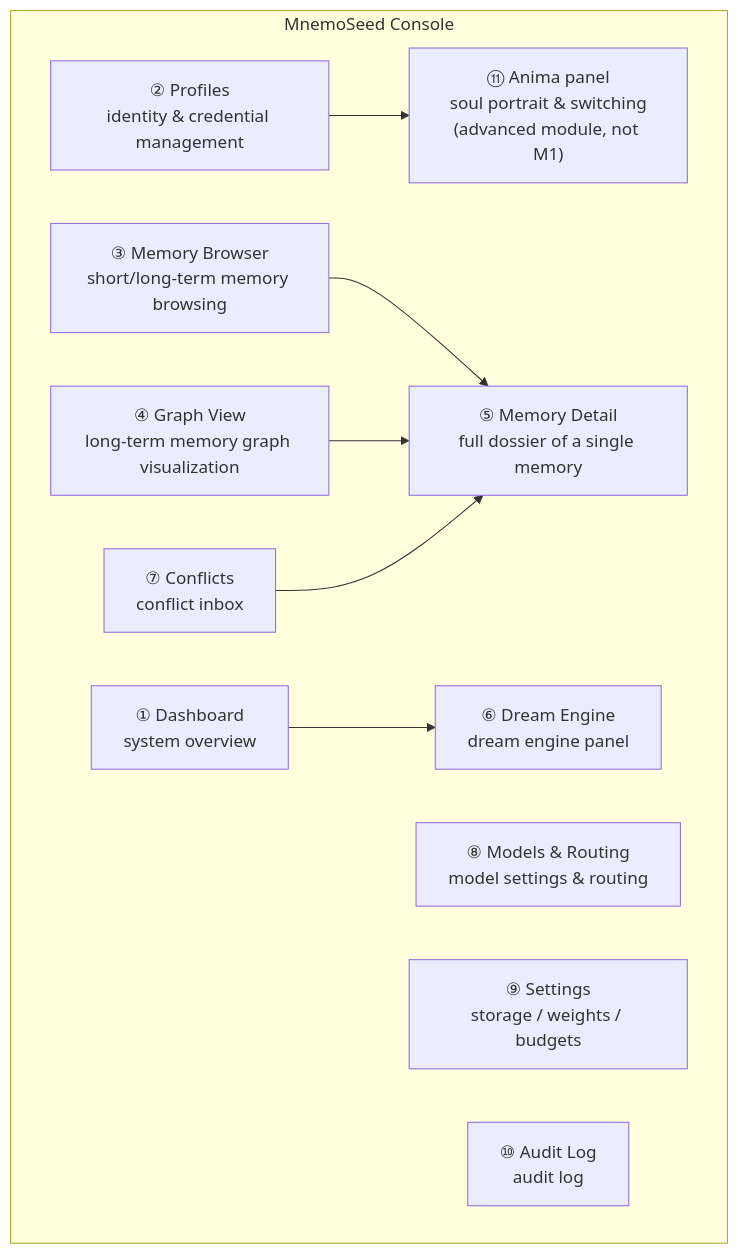
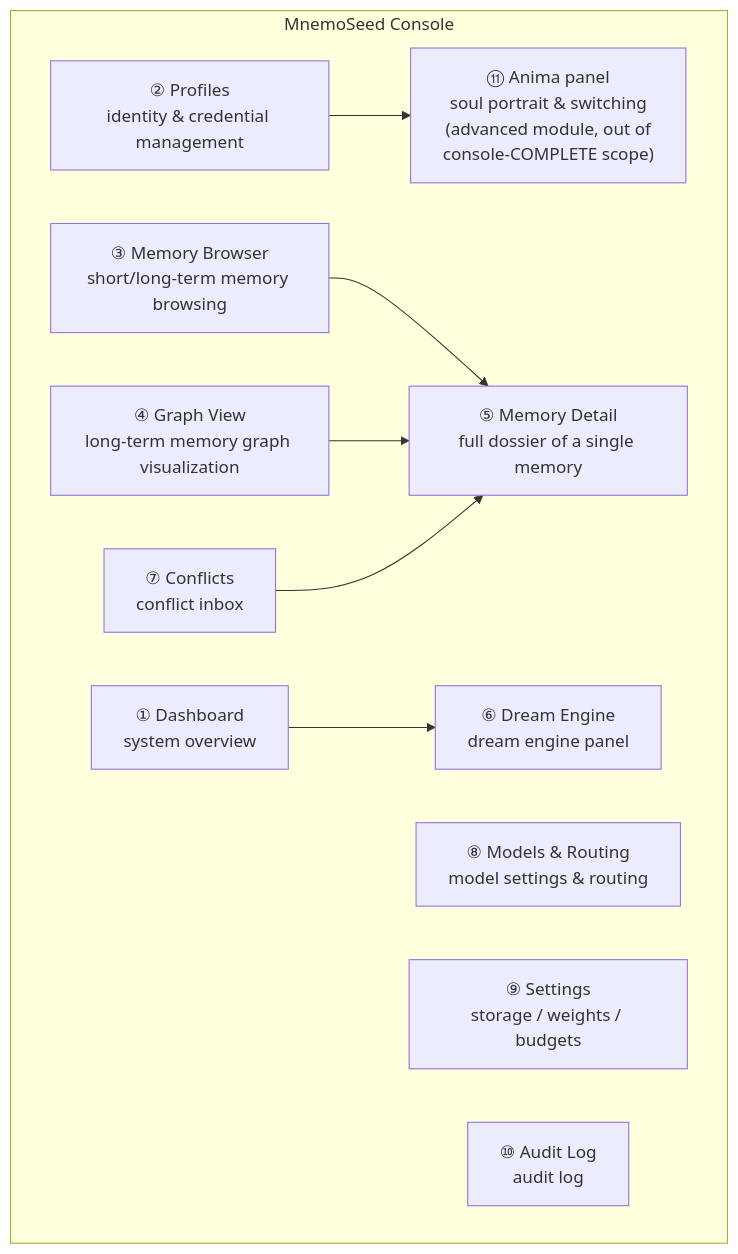
Before and after one commit to MnemoSeed/mnemoseed: the first of 2 diagrams in docs/design/07-console.md, drawn with Mermaid. The commit also changed other lines of this file and 16 other files, not shown here.

First line of the commit message:
docs: make console-complete + CLI parity + onboard the pre-marketing demo gate

````diff
--- a/docs/design/07-console.md
+++ b/docs/design/07-console.md
@@ -17,21 +17,21 @@
 ```mermaid
 flowchart TB
     subgraph Console["MnemoSeed Console"]
         DASH["① Dashboard<br/>system overview"]
         PROF["② Profiles<br/>identity & credential management"]
         MEM["③ Memory Browser<br/>short/long-term memory browsing"]
         GRAPH["④ Graph View<br/>long-term memory graph visualization"]
         DET["⑤ Memory Detail<br/>full dossier of a single memory"]
         DREAM["⑥ Dream Engine<br/>dream engine panel"]
         CONF["⑦ Conflicts<br/>conflict inbox"]
         MODEL["⑧ Models & Routing<br/>model settings & routing"]
         SET["⑨ Settings<br/>storage / weights / budgets"]
         AUDIT["⑩ Audit Log<br/>audit log"]
-        ANIMA["⑪ Anima panel<br/>soul portrait & switching<br/>(advanced module, not M1)"]
+        ANIMA["⑪ Anima panel<br/>soul portrait & switching<br/>(advanced module, out of<br/>console-COMPLETE scope)"]
     end
     PROF --> ANIMA
     MEM --> DET
     GRAPH --> DET
     CONF --> DET
     DASH --> DREAM
 ```
````
